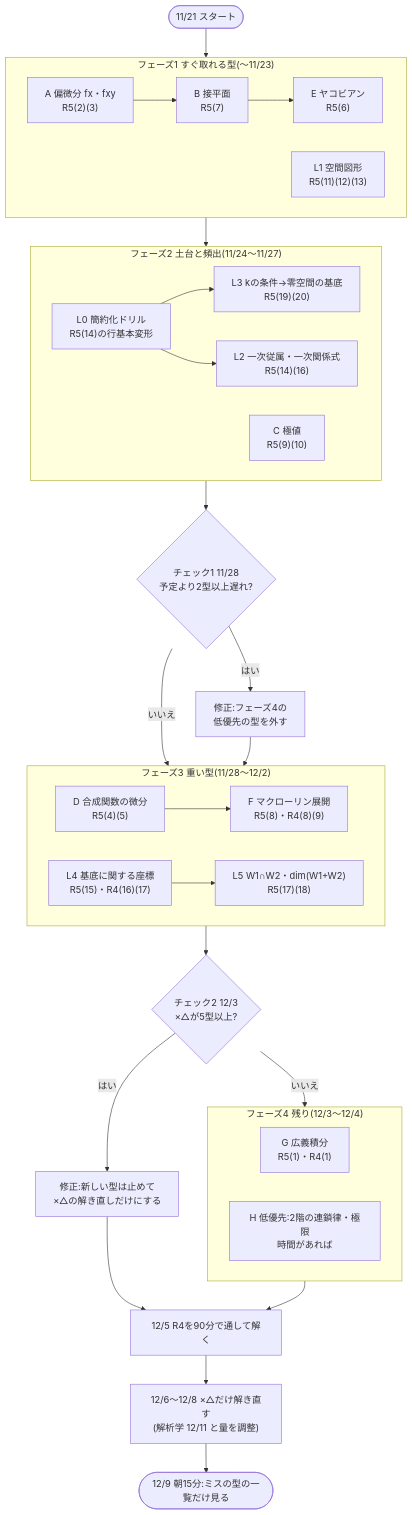
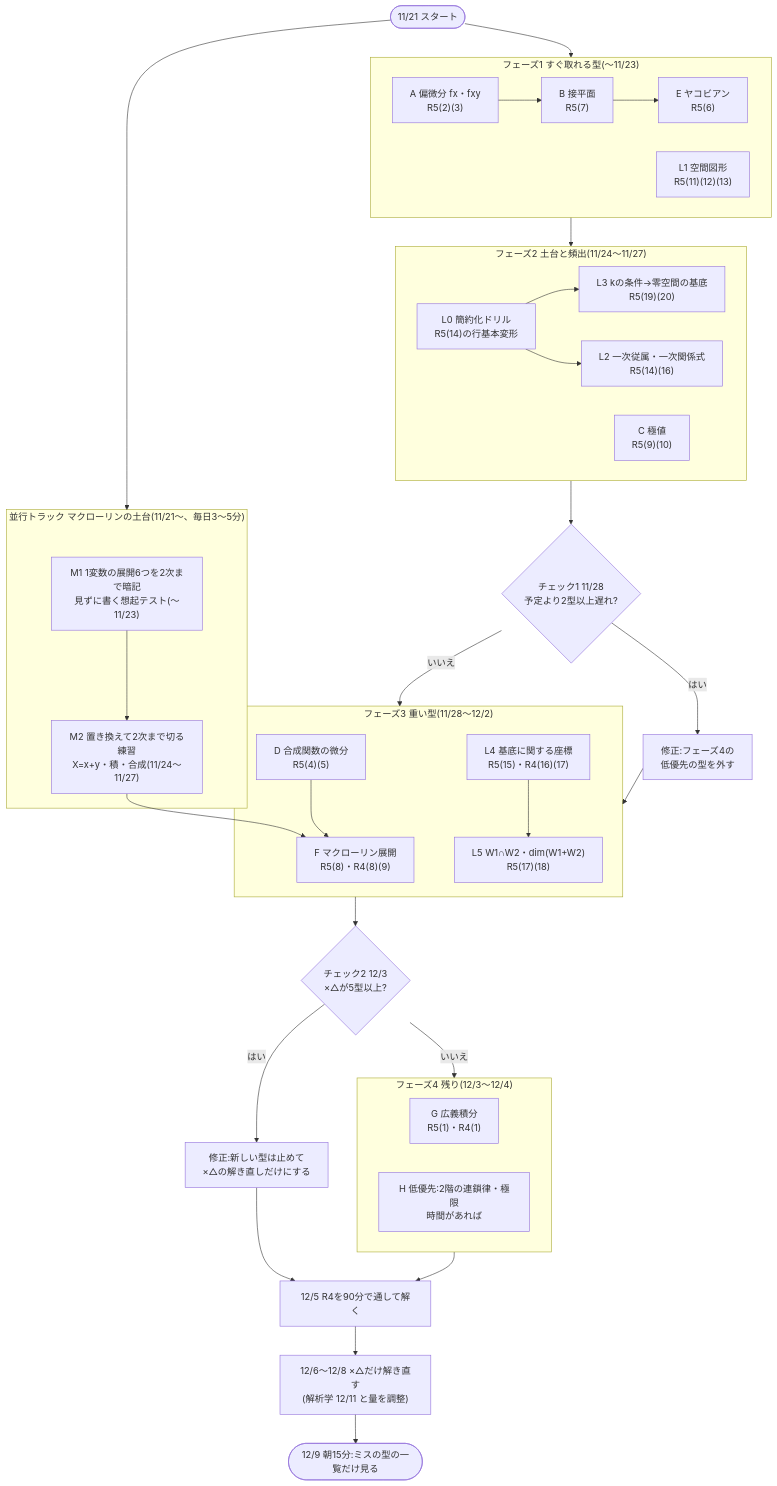
The first of 2 diagrams in docs/math-exercise2/learning-flow.md (yuma0619tksb-bot/study-with-AI-), drawn with Mermaid before and after one commit. The commit also changed other lines of this file, not shown here.

````diff
--- a/docs/math-exercise2/learning-flow.md
+++ b/docs/math-exercise2/learning-flow.md
@@ -13,40 +13,46 @@
 ```mermaid
 flowchart TD
     S([11/21 スタート]) --> P1
+    S --> M
+
+    subgraph M["並行トラック マクローリンの土台(11/21〜、毎日3〜5分)"]
+        M1["M1 1変数の展開6つを2次まで暗記<br/>見ずに書く想起テスト(〜11/23)"] --> M2["M2 置き換えて2次まで切る練習<br/>X=x+y・積・合成(11/24〜11/27)"]
+    end
+    M2 --> F
 
     subgraph P1["フェーズ1 すぐ取れる型(〜11/23)"]
         A["A 偏微分 fx・fxy<br/>R5(2)(3)"] --> B["B 接平面<br/>R5(7)"]
         B --> E["E ヤコビアン<br/>R5(6)"]
         L1["L1 空間図形<br/>R5(11)(12)(13)"]
     end
 
     P1 --> P2
 
     subgraph P2["フェーズ2 土台と頻出(11/24〜11/27)"]
         L0["L0 簡約化ドリル<br/>R5(14)の行基本変形"] --> L3["L3 kの条件→零空間の基底<br/>R5(19)(20)"]
         L0 --> L2["L2 一次従属・一次関係式<br/>R5(14)(16)"]
         C["C 極値<br/>R5(9)(10)"]
     end
 
     P2 --> CP1{"チェック1 11/28<br/>予定より2型以上遅れ?"}
     CP1 -- いいえ --> P3
     CP1 -- はい --> FIX1["修正:フェーズ4の<br/>低優先の型を外す"] --> P3
 
     subgraph P3["フェーズ3 重い型(11/28〜12/2)"]
         D["D 合成関数の微分<br/>R5(4)(5)"] --> F["F マクローリン展開<br/>R5(8)・R4(8)(9)"]
         L4["L4 基底に関する座標<br/>R5(15)・R4(16)(17)"] --> L5["L5 W1∩W2・dim(W1+W2)<br/>R5(17)(18)"]
     end
 
     P3 --> CP2{"チェック2 12/3<br/>×△が5型以上?"}
     CP2 -- いいえ --> P4
     CP2 -- はい --> FIX2["修正:新しい型は止めて<br/>×△の解き直しだけにする"] --> MOCK
 
     subgraph P4["フェーズ4 残り(12/3〜12/4)"]
         G["G 広義積分<br/>R5(1)・R4(1)"]
         H["H 低優先:2階の連鎖律・極限<br/>時間があれば"]
     end
 
     P4 --> MOCK["12/5 R4を90分で通して解く"]
     MOCK --> RE["12/6〜12/8 ×△だけ解き直す<br/>(解析学 12/11 と量を調整)"]
     RE --> DAY(["12/9 朝15分:ミスの型の一覧だけ見る"])
 ```
````
